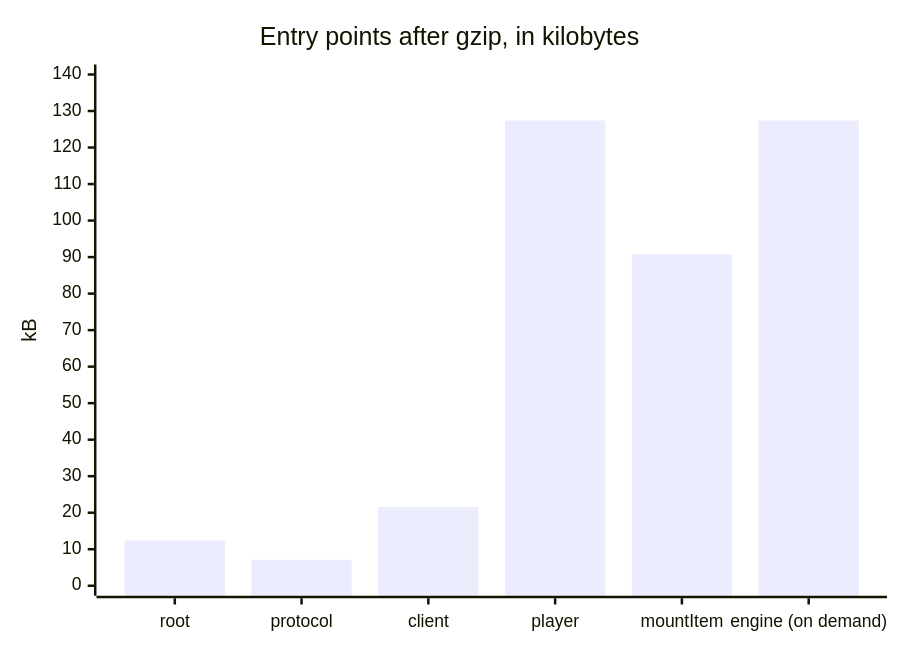
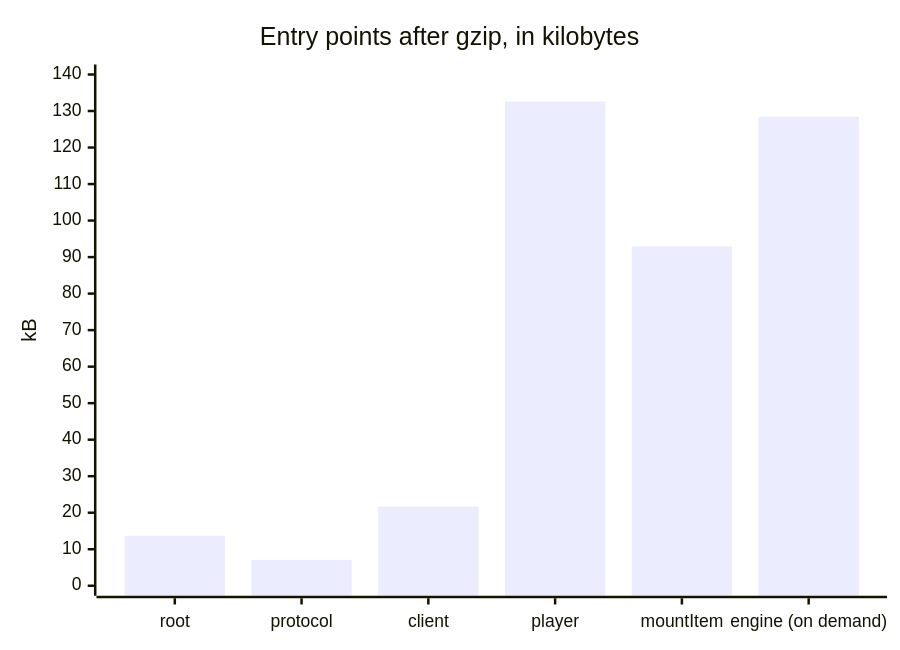
One commit to assesskit/assesskit changed the diagram in docs/player/size.md. Above: the diagram before and after it, drawn with Mermaid. The commit also changed other lines of this file, not shown here.

````diff
--- a/docs/player/size.md
+++ b/docs/player/size.md
@@ -7,7 +7,7 @@
 ```mermaid
 xychart-beta
   title "Entry points after gzip, in kilobytes"
   x-axis ["root", "protocol", "client", "player", "mountItem", "engine (on demand)"]
   y-axis "kB" 0 --> 140
-  bar [12.4, 7.1, 21.6, 127.4, 90.8, 127.4]
+  bar [13.7, 7.1, 21.7, 132.6, 92.9, 128.4]
 ```
````
